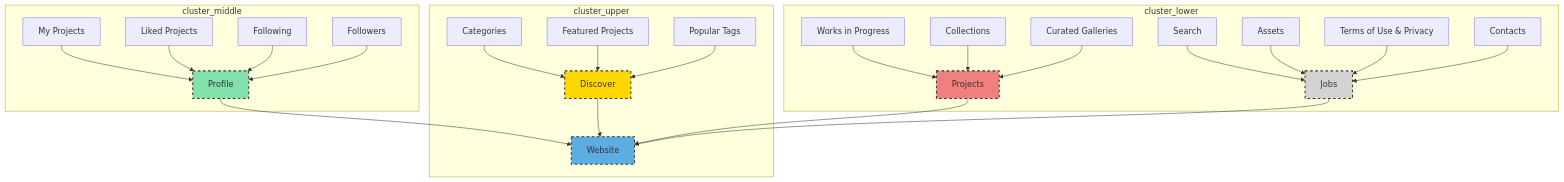
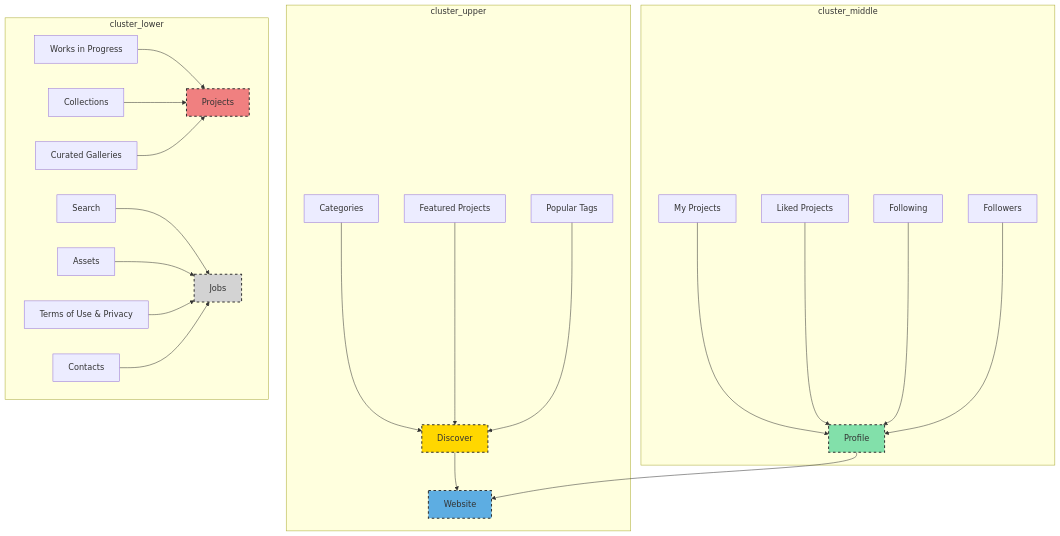
The diagram in README.md (Yarema91/Blockscheme-), drawn with Mermaid before and after one commit.

````diff
--- a/README.md
+++ b/README.md
@@ -3,50 +3,47 @@
 ```mermaid
 graph TB;
 
 style A fill:#5DADE2, stroke:#333, stroke-width:2px, stroke-dasharray: 5, 5, shape:rect;
 style B fill:#FFD700, stroke:#333, stroke-width:2px, stroke-dasharray: 5, 5, shape:rect;
 style F fill:#82E0AA, stroke:#333, stroke-width:2px, stroke-dasharray: 5, 5, shape:rect;
 style K fill:#F08080, stroke:#333, stroke-width:2px, stroke-dasharray: 5, 5, shape:rect;
 style O fill:#D3D3D3, stroke:#333, stroke-width:2px, stroke-dasharray: 5, 5, shape:rect;
 
 subgraph cluster_upper
   A[Website]
   B[Discover]
   C[Categories]
   D[Featured Projects]
   E[Popular Tags]
 end
 
 subgraph cluster_middle
   F[Profile]
   G[My Projects]
   H[Liked Projects]
   I[Following]
   J[Followers]
 end
 
 subgraph cluster_lower
   K[Projects]
   L[Works in Progress]
   M[Collections]
   N[Curated Galleries]
   O[Jobs]
   P[Search]
   Q[Assets]
   R[Terms of Use & Privacy]
   S[Contacts]
 end
 
-B & F --> A;
+B --> A;
+F --> A;
 
 C & D & E --> B;
-G & H --> F;
-I & J --> F;
+G & H & I & J --> F;
 L & M & N --> K;
-P & Q --> O;
-R & S --> O;
-K & O --> A
+P & Q & R & S --> O;
 
- 
 
 ```
````
